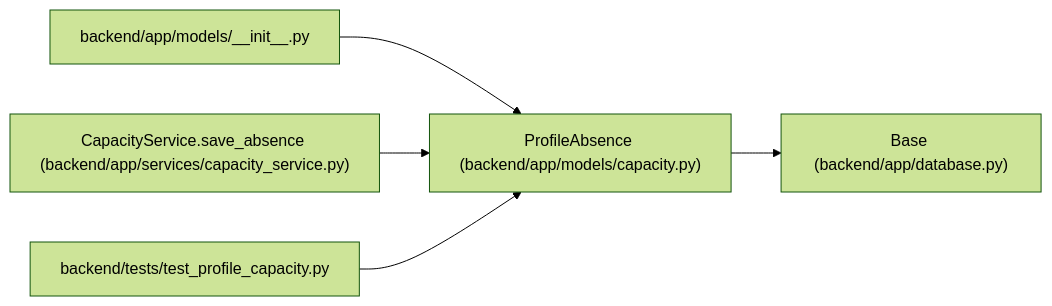
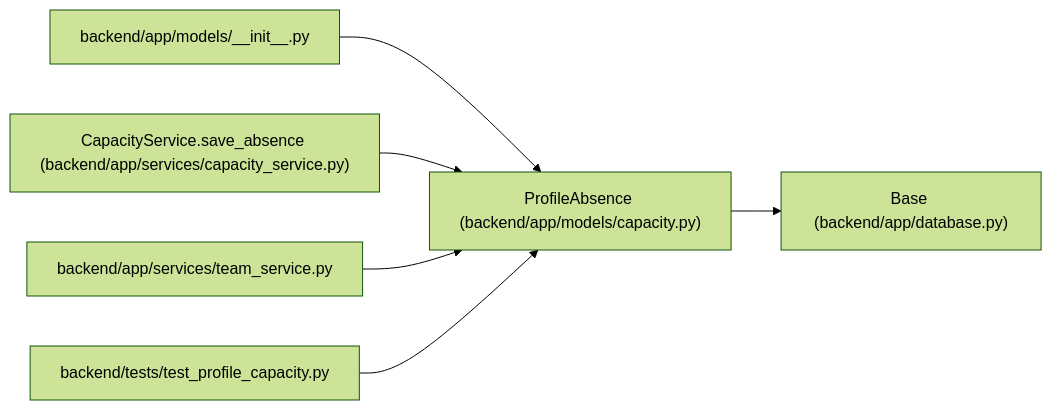
Before and after one commit to Denissvgn/WorkChord: the diagram in docs/llm_wiki/entities/ProfileAbsence.md, drawn with Mermaid (forest theme). The commit also changed other lines of this file and 25171 other files, not shown here.

````diff
--- a/docs/llm_wiki/entities/ProfileAbsence.md
+++ b/docs/llm_wiki/entities/ProfileAbsence.md
@@ -31,17 +31,20 @@
 ```mermaid
 flowchart LR
     n0["ProfileAbsence (backend/app/models/capacity.py)"]
     n1["Base (backend/app/database.py)"]
     n2["backend/app/models/__init__.py"]
     n3["CapacityService.save_absence (backend/app/services/capacity_service.py)"]
-    n4["backend/tests/test_profile_capacity.py"]
+    n4["backend/app/services/team_service.py"]
+    n5["backend/tests/test_profile_capacity.py"]
     n0 --> n1
     n2 --> n0
     n3 --> n0
     n4 --> n0
+    n5 --> n0
     click n0 "../modules/models_capacity.md"
     click n1 "../modules/app_database.md"
     click n2 "../modules/models___init__.md"
     click n3 "../modules/capacity_service.md"
-    click n4 "../modules/test_profile_capacity.md"
+    click n4 "../modules/team_service.md"
+    click n5 "../modules/test_profile_capacity.md"
 ```
````
